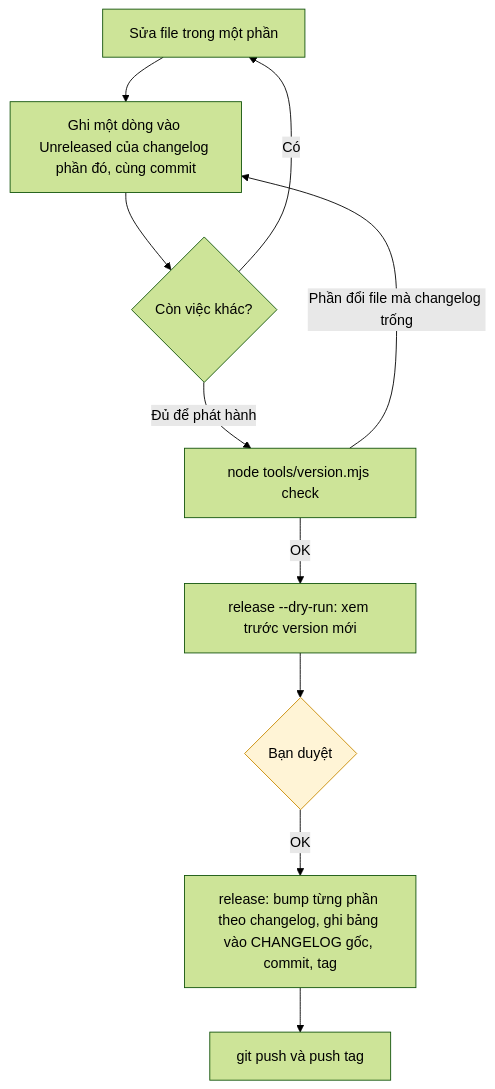
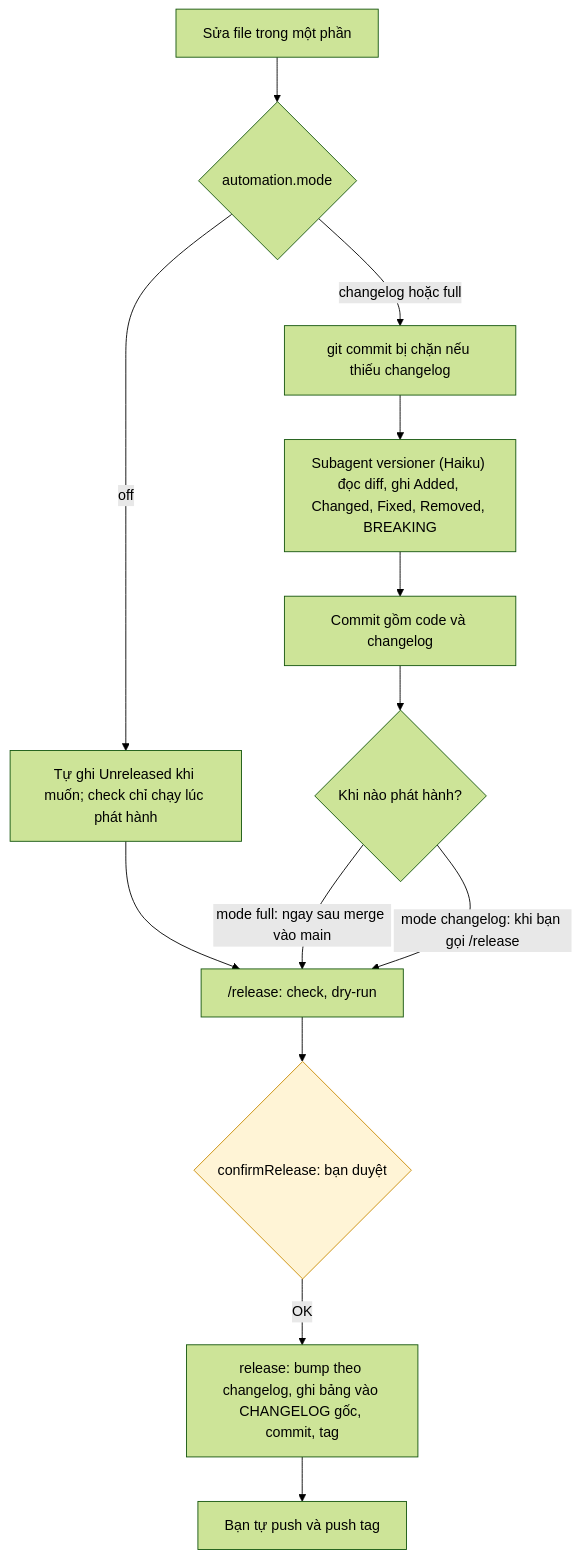
Before and after one commit to trantrong810-bz/claude-starter: the fourth of 4 diagrams in docs/WORKFLOW.md, drawn with Mermaid (forest theme). The commit also changed other lines of this file and 26 other files, not shown here.

````diff
--- a/docs/WORKFLOW.md
+++ b/docs/WORKFLOW.md
@@ -130,15 +141,18 @@
 ```mermaid
 flowchart TD
-    CHANGE["Sửa file trong một phần"] --> LOG["Ghi một dòng vào Unreleased của changelog phần đó, cùng commit"]
-    LOG --> MORE{"Còn việc khác?"}
-    MORE -->|"Có"| CHANGE
-    MORE -->|"Đủ để phát hành"| CHECK["node tools/version.mjs check"]
-    CHECK -->|"Phần đổi file mà changelog trống"| LOG
-    CHECK -->|"OK"| DRY["release --dry-run: xem trước version mới"]
-    DRY --> OKQ{"Bạn duyệt"}
-    OKQ -->|"OK"| REL["release: bump từng phần theo changelog, ghi bảng vào CHANGELOG gốc, commit, tag"]
-    REL --> PUSH["git push và push tag"]
+    CHANGE["Sửa file trong một phần"] --> MODE{"automation.mode"}
+    MODE -->|"off"| MANUAL["Tự ghi Unreleased khi muốn; check chỉ chạy lúc phát hành"]
+    MODE -->|"changelog hoặc full"| GUARD["git commit bị chặn nếu thiếu changelog"]
+    GUARD --> VERS["Subagent versioner (Haiku) đọc diff, ghi Added, Changed, Fixed, Removed, BREAKING"]
+    VERS --> COMMIT["Commit gồm code và changelog"]
+    MANUAL --> REL
+    COMMIT --> TRIG{"Khi nào phát hành?"}
+    TRIG -->|"mode full: ngay sau merge vào main"| REL["/release: check, dry-run"]
+    TRIG -->|"mode changelog: khi bạn gọi /release"| REL
+    REL --> ASK{"confirmRelease: bạn duyệt"}
+    ASK -->|"OK"| DO["release: bump theo changelog, ghi bảng vào CHANGELOG gốc, commit, tag"]
+    DO --> PUSH["Bạn tự push và push tag"]
 
     classDef human fill:#fff4d6,stroke:#c98a00,color:#000
-    class OKQ human
+    class ASK human
 ```
````
